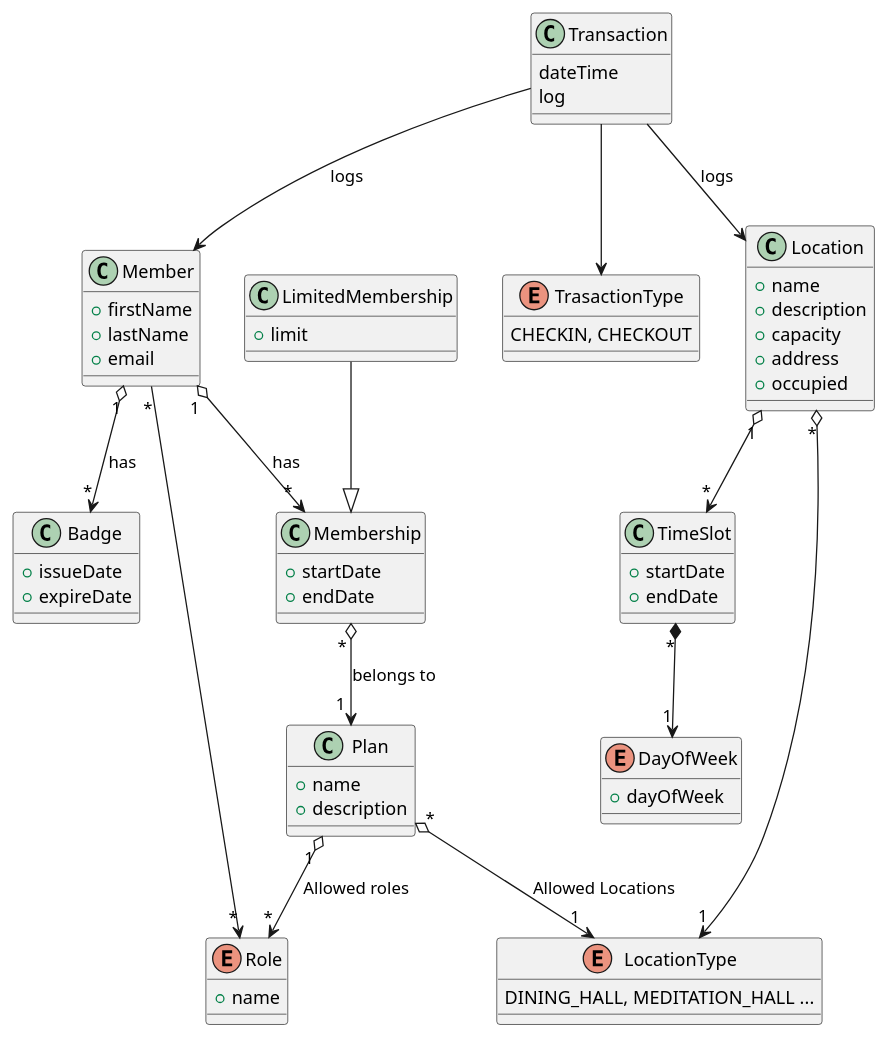
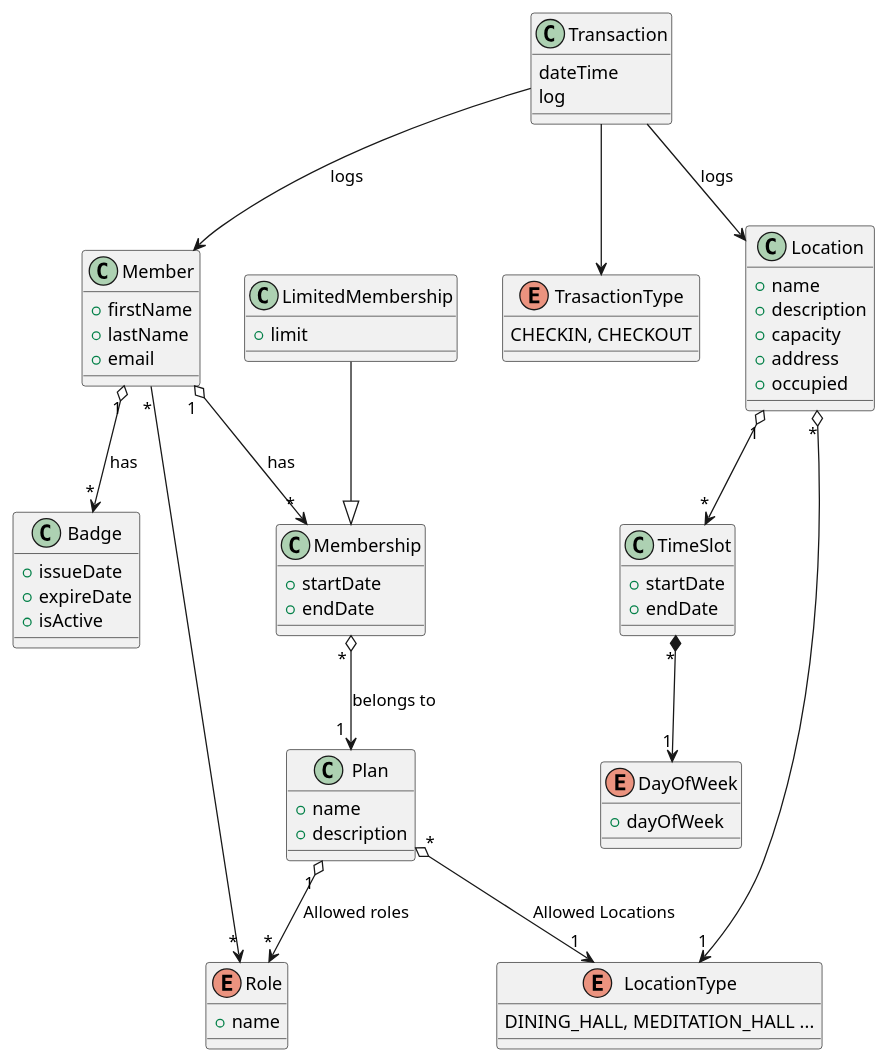
The diagram in RestfullBadgeSystem.puml (kgapparov/restful-badge-system), drawn with PlantUML before and after one commit. The commit also changed 5 other files, not shown here.

```diff
--- a/RestfullBadgeSystem.puml
+++ b/RestfullBadgeSystem.puml
@@ -1,76 +1,77 @@
 @startuml
 class Badge {
     +issueDate
     +expireDate
+    +isActive
 }
 
 
 class Member {
     +firstName
     +lastName
     +email
 }
 
 
 class Membership{
     +startDate
     +endDate
 }
 
 class Plan {
     +name
     +description
 }
 
 enum Role {
     +name
 }
 
 class Location {
     +name
     +description
     +capacity
     +address
     +occupied
 }
 
 class LimitedMembership {
  +limit
 }
 
 class TimeSlot {
     +startDate
     +endDate
 }
 
 enum DayOfWeek {
     +dayOfWeek
 }
 
 class Transaction {
     dateTime
     log
 }
 enum TrasactionType {
     CHECKIN, CHECKOUT
 }
 enum LocationType {
     DINING_HALL, MEDITATION_HALL ...
 }
 
 Member "1" o--> "*" Badge: has
 Member " 1 " o--> " * " Membership : has
 Membership " * " o-->" 1 " Plan: belongs to
 LimitedMembership --|> Membership
 Plan "1 " o--> "*" Role : Allowed roles
 Location "1" o-->"*" TimeSlot
 Location "*" o--> "1" LocationType
 TimeSlot "*" *--> "1" DayOfWeek
 Plan "*" o--> "1" LocationType : Allowed Locations
 
 Role "*" <-- "*" Member
 Transaction --> Member: logs
 Transaction --> Location: logs
 Transaction --> TrasactionType
 
 @enduml
```
